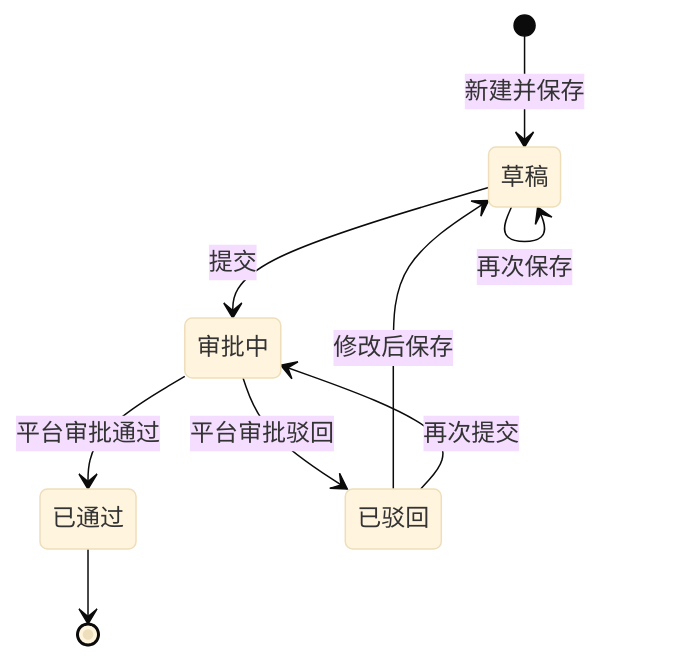
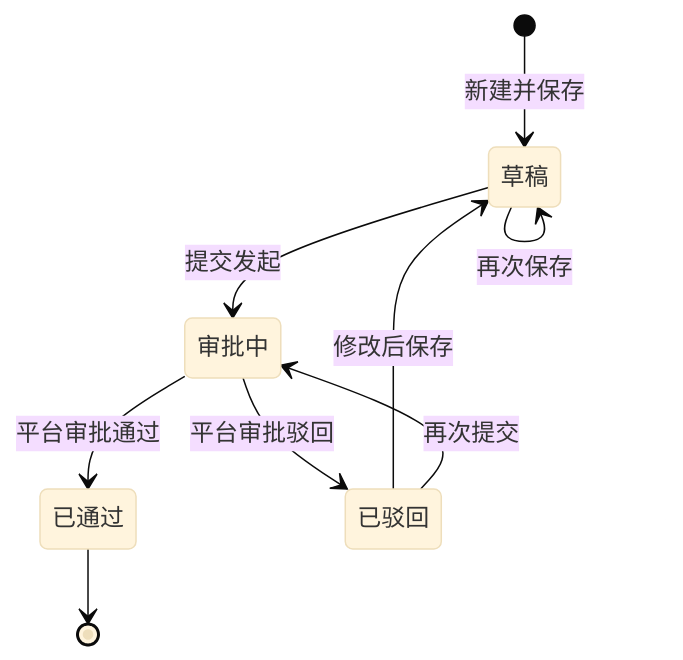
The fourth of 6 diagrams in docs/versions/v1.0.0/prd.md (liaoliao66/TOS), drawn with Mermaid (base theme) before and after one commit. The commit also changed other lines of this file and 15 other files, not shown here.

````diff
--- a/docs/versions/v1.0.0/prd.md
+++ b/docs/versions/v1.0.0/prd.md
@@ -177,11 +180,11 @@
 ```mermaid
 stateDiagram-v2
     [*] --> 草稿: 新建并保存
     草稿 --> 草稿: 再次保存
-    草稿 --> 审批中: 提交
+    草稿 --> 审批中: 提交发起
     审批中 --> 已通过: 平台审批通过
     审批中 --> 已驳回: 平台审批驳回
     已驳回 --> 草稿: 修改后保存
     已驳回 --> 审批中: 再次提交
     已通过 --> [*]
 ```
````
